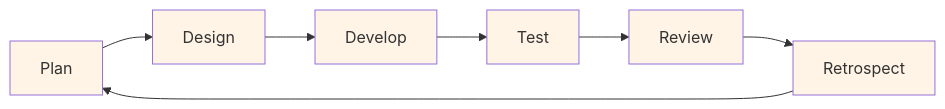
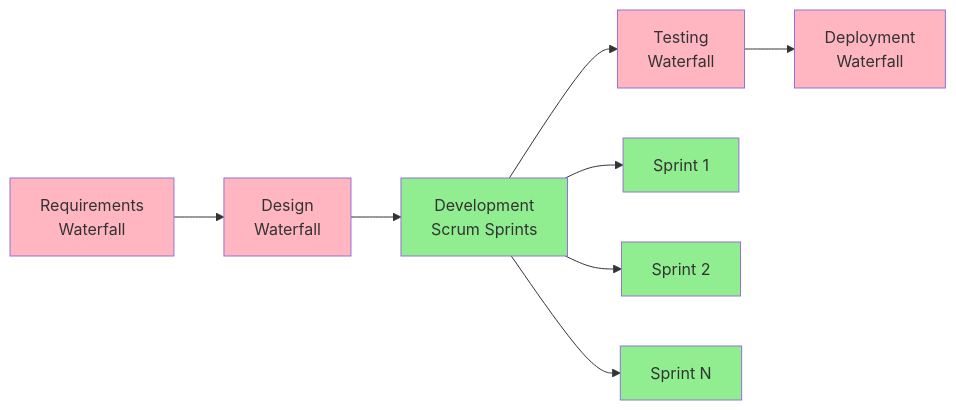
Before and after one commit to iouthnamain/tech-note: the sixth of 9 diagrams in PM-Guides/PROJECT_METHODOLOGIES_GUIDE.md, drawn with Mermaid. The commit also changed other lines of this file and 68 other files, not shown here.

````diff
--- a/PM-Guides/PROJECT_METHODOLOGIES_GUIDE.md
+++ b/PM-Guides/PROJECT_METHODOLOGIES_GUIDE.md
@@ -303,16 +744,20 @@
 ```mermaid
-graph LR
-    A[Plan] --> B[Design]
-    B --> C[Develop]
-    C --> D[Test]
-    D --> E[Review]
-    E --> F[Retrospect]
-    F --> A
+flowchart LR
+    A[Requirements<br/>Waterfall] --> B[Design<br/>Waterfall]
+    B --> C[Development<br/>Scrum Sprints]
+    C --> D[Testing<br/>Waterfall]
+    D --> E[Deployment<br/>Waterfall]
     
-    style A fill:#fff4e6
-    style B fill:#fff4e6
-    style C fill:#fff4e6
-    style D fill:#fff4e6
-    style E fill:#fff4e6
-    style F fill:#fff4e6
+    C --> C1[Sprint 1]
+    C --> C2[Sprint 2]
+    C --> C3[Sprint N]
+    
+    style A fill:#FFB6C1
+    style B fill:#FFB6C1
+    style C fill:#90EE90
+    style C1 fill:#90EE90
+    style C2 fill:#90EE90
+    style C3 fill:#90EE90
+    style D fill:#FFB6C1
+    style E fill:#FFB6C1
 ```
````
